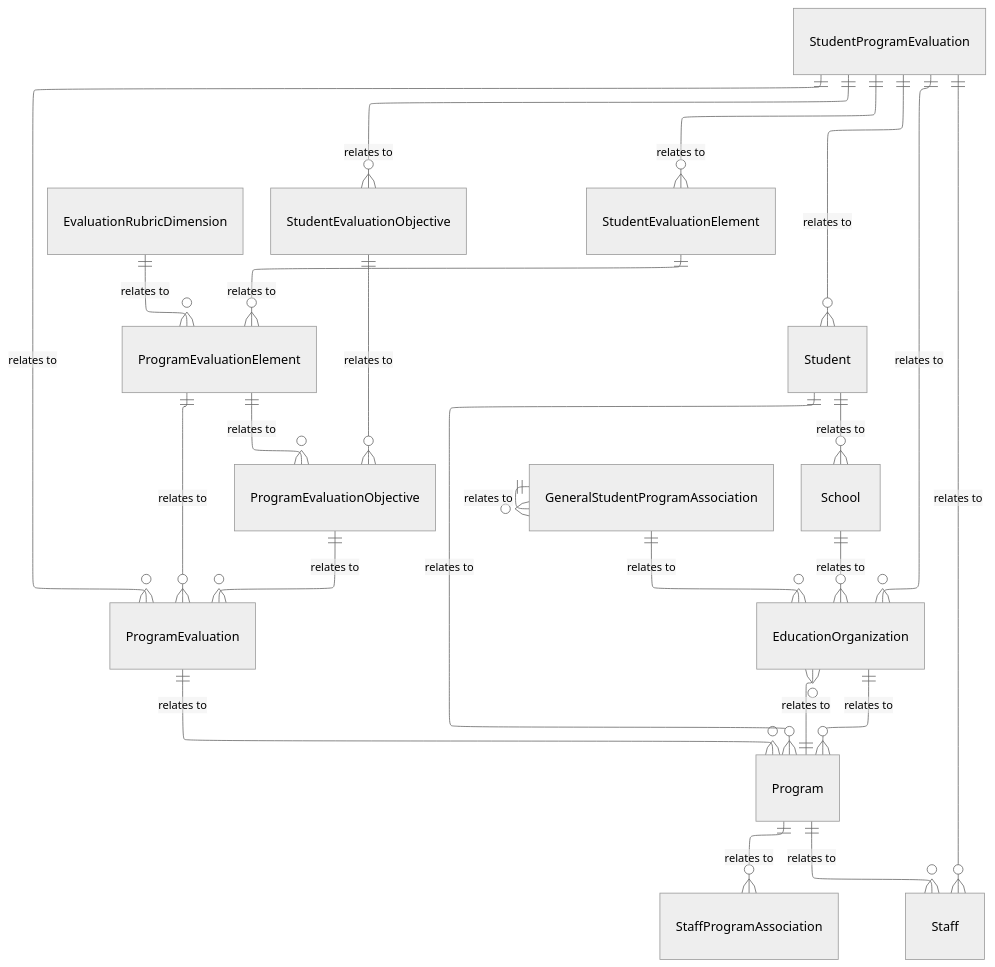
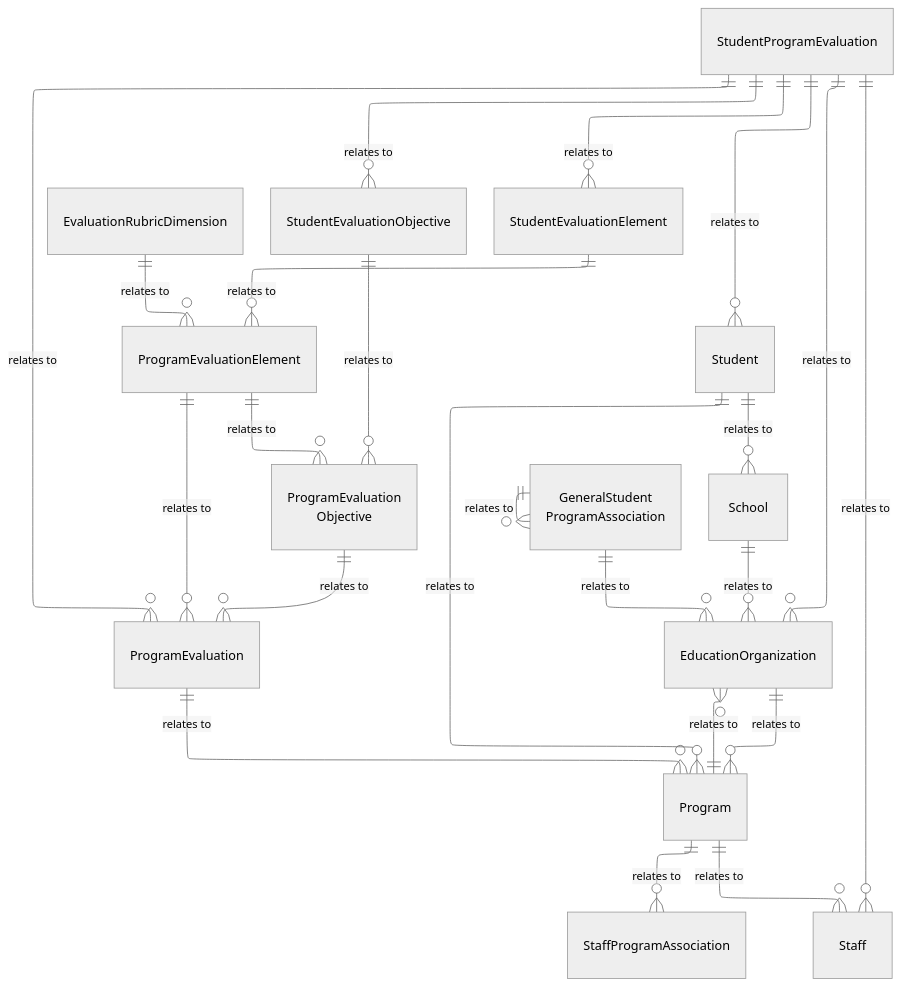
The diagram in dataStandard_versioned_docs/version-6/model-reference/student-program-evaluation-domain/model-diagrams.md (Ed-Fi-Alliance-OSS/ed-fi-alliance-oss.github.io), drawn with Mermaid (neutral theme) before and after one commit. The commit also changed 24 other files, not shown here.

````diff
--- a/dataStandard_versioned_docs/version-6/model-reference/student-program-evaluation-domain/model-diagrams.md
+++ b/dataStandard_versioned_docs/version-6/model-reference/student-program-evaluation-domain/model-diagrams.md
@@ -16,59 +16,71 @@
 ```mermaid
 ---
-
 config:
   layout: elk
 ---
-
 erDiagram
     ProgramEvaluation {
     }
-    ProgramEvaluationObjective {
+    ProgramEvaluationObjective["ProgramEvaluation<br/>Objective"] {
     }
     ProgramEvaluationElement {
     }
     EvaluationRubricDimension {
     }
     StudentProgramEvaluation {
     }
     StudentEvaluationObjective {
     }
     StudentEvaluationElement {
     }
-    GeneralStudentProgramAssociation {
+    GeneralStudentProgramAssociation["GeneralStudent<br/>ProgramAssociation"] {
     }
     StaffProgramAssociation {
     }
     Program {
     }
     Student {
     }
     Staff {
     }
     EducationOrganization {
     }
     School {
     }
     ProgramEvaluation ||--o{ Program : "relates to"
     ProgramEvaluationObjective ||--o{ ProgramEvaluation : "relates to"
     ProgramEvaluationElement ||--o{ ProgramEvaluationObjective : "relates to"
     ProgramEvaluationElement ||--o{ ProgramEvaluation : "relates to"
     EvaluationRubricDimension ||--o{ ProgramEvaluationElement : "relates to"
     StudentProgramEvaluation ||--o{ Student : "relates to"
     StudentProgramEvaluation ||--o{ Staff : "relates to"
     StudentProgramEvaluation ||--o{ ProgramEvaluation : "relates to"
     StudentProgramEvaluation ||--o{ EducationOrganization : "relates to"
     StudentProgramEvaluation ||--o{ StudentEvaluationElement : "relates to"
     StudentProgramEvaluation ||--o{ StudentEvaluationObjective : "relates to"
     StudentEvaluationObjective ||--o{ ProgramEvaluationObjective : "relates to"
     StudentEvaluationElement ||--o{ ProgramEvaluationElement : "relates to"
     GeneralStudentProgramAssociation ||--o{ EducationOrganization : "relates to"
     GeneralStudentProgramAssociation ||--o{ GeneralStudentProgramAssociation : "relates to"
     Program ||--o{ EducationOrganization : "relates to"
     Program ||--o{ Staff : "relates to"
     Program ||--o{ StaffProgramAssociation : "relates to"
     EducationOrganization ||--o{ Program : "relates to"
     School ||--o{ EducationOrganization : "relates to"
     Student ||--o{ Program : "relates to"
     Student ||--o{ School : "relates to"
+    style ProgramEvaluation color:#000000
+    style ProgramEvaluationObjective color:#000000
+    style ProgramEvaluationElement color:#000000
+    style EvaluationRubricDimension color:#000000
+    style StudentProgramEvaluation color:#000000
+    style StudentEvaluationObjective color:#000000
+    style StudentEvaluationElement color:#000000
+    style GeneralStudentProgramAssociation color:#000000
+    style StaffProgramAssociation color:#000000
+    style Program color:#000000
+    style Student color:#000000
+    style Staff color:#000000
+    style EducationOrganization color:#000000
+    style School color:#000000
 ```
````
